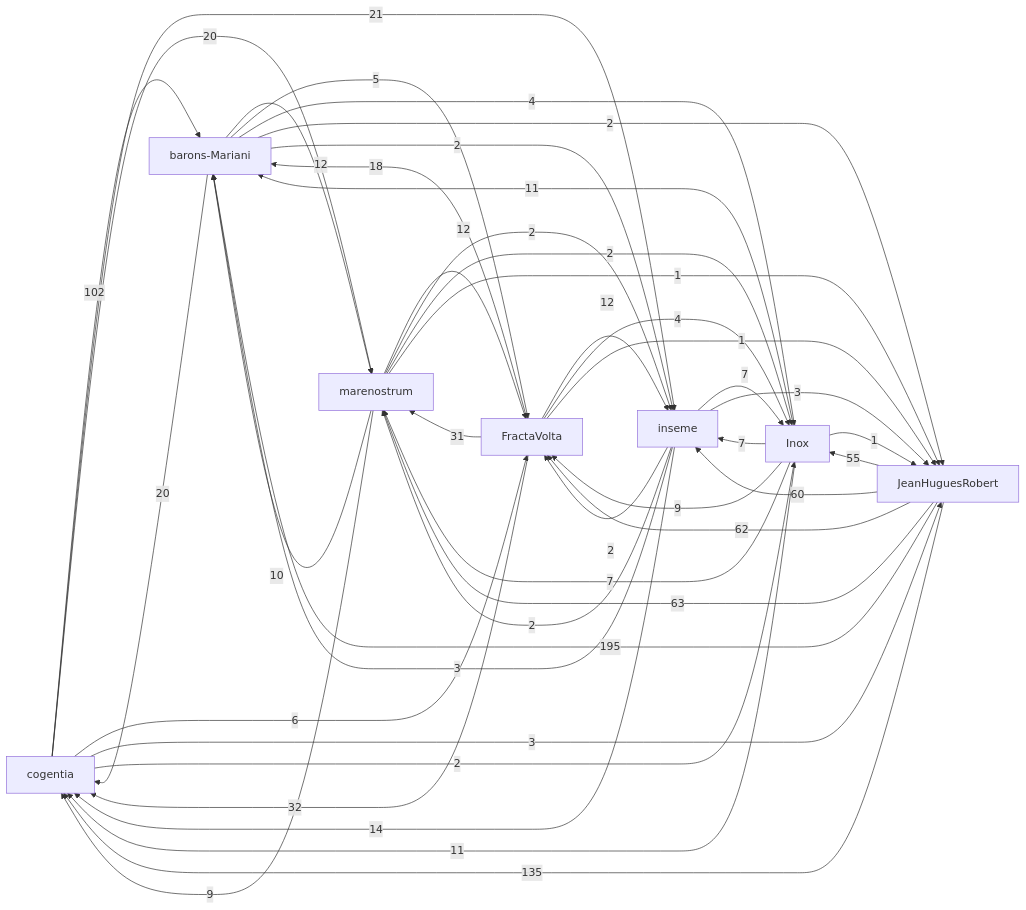
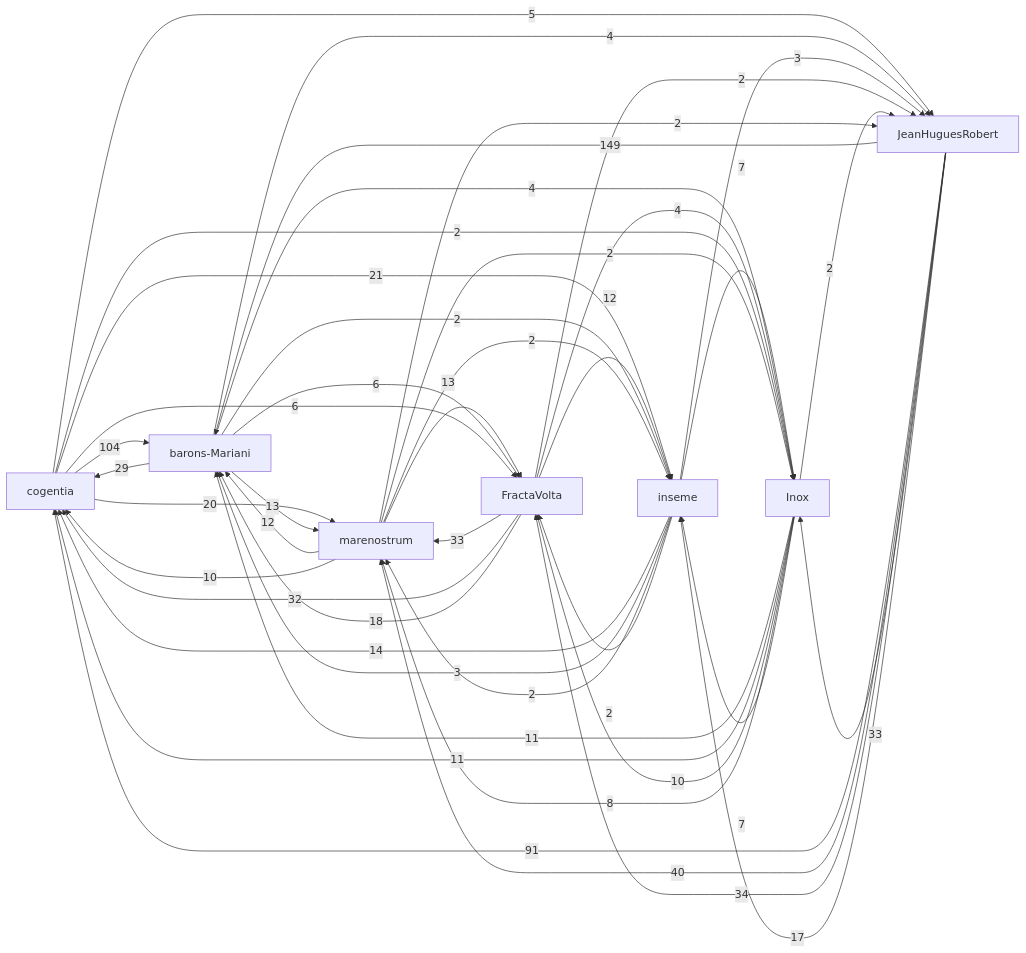
One commit to JeanHuguesRobert/FractaVolta changed the first of 2 diagrams in research/corpus-status.md. Above: the diagram before and after it, drawn with Mermaid. The commit also changed 1 other file, not shown here.

Commit message:
Add orientation fiche to PGN

````diff
--- a/research/corpus-status.md
+++ b/research/corpus-status.md
@@ -46,52 +46,52 @@
 ```mermaid
 graph LR
   r_cogentia["cogentia"]
   r_fractavolta["FractaVolta"]
   r_marenostrum["marenostrum"]
   r_barons_mariani["barons-Mariani"]
   r_inseme["inseme"]
   r_inox["Inox"]
   r_jeanhuguesrobert["JeanHuguesRobert"]
-  r_jeanhuguesrobert -->|195| r_barons_mariani
-  r_jeanhuguesrobert -->|135| r_cogentia
-  r_cogentia -->|102| r_barons_mariani
-  r_jeanhuguesrobert -->|63| r_marenostrum
-  r_jeanhuguesrobert -->|62| r_fractavolta
-  r_jeanhuguesrobert -->|60| r_inseme
-  r_jeanhuguesrobert -->|55| r_inox
+  r_jeanhuguesrobert -->|149| r_barons_mariani
+  r_cogentia -->|104| r_barons_mariani
+  r_jeanhuguesrobert -->|91| r_cogentia
+  r_jeanhuguesrobert -->|40| r_marenostrum
+  r_jeanhuguesrobert -->|34| r_fractavolta
+  r_fractavolta -->|33| r_marenostrum
+  r_jeanhuguesrobert -->|33| r_inox
   r_fractavolta -->|32| r_cogentia
-  r_fractavolta -->|31| r_marenostrum
+  r_barons_mariani -->|29| r_cogentia
   r_cogentia -->|21| r_inseme
-  r_barons_mariani -->|20| r_cogentia
   r_cogentia -->|20| r_marenostrum
   r_fractavolta -->|18| r_barons_mariani
+  r_jeanhuguesrobert -->|17| r_inseme
   r_inseme -->|14| r_cogentia
-  r_barons_mariani -->|12| r_marenostrum
+  r_barons_mariani -->|13| r_marenostrum
+  r_marenostrum -->|13| r_fractavolta
   r_fractavolta -->|12| r_inseme
-  r_marenostrum -->|12| r_fractavolta
+  r_marenostrum -->|12| r_barons_mariani
   r_inox -->|11| r_barons_mariani
   r_inox -->|11| r_cogentia
-  r_marenostrum -->|10| r_barons_mariani
-  r_inox -->|9| r_fractavolta
-  r_marenostrum -->|9| r_cogentia
-  r_inox -->|7| r_marenostrum
+  r_inox -->|10| r_fractavolta
+  r_marenostrum -->|10| r_cogentia
+  r_inox -->|8| r_marenostrum
   r_inox -->|7| r_inseme
   r_inseme -->|7| r_inox
+  r_barons_mariani -->|6| r_fractavolta
   r_cogentia -->|6| r_fractavolta
-  r_barons_mariani -->|5| r_fractavolta
+  r_cogentia -->|5| r_jeanhuguesrobert
   r_barons_mariani -->|4| r_inox
+  r_barons_mariani -->|4| r_jeanhuguesrobert
   r_fractavolta -->|4| r_inox
-  r_cogentia -->|3| r_jeanhuguesrobert
   r_inseme -->|3| r_barons_mariani
   r_inseme -->|3| r_jeanhuguesrobert
-  r_barons_mariani -->|2| r_jeanhuguesrobert
   r_barons_mariani -->|2| r_inseme
   r_cogentia -->|2| r_inox
+  r_fractavolta -->|2| r_jeanhuguesrobert
+  r_inox -->|2| r_jeanhuguesrobert
   r_inseme -->|2| r_marenostrum
   r_inseme -->|2| r_fractavolta
+  r_marenostrum -->|2| r_jeanhuguesrobert
   r_marenostrum -->|2| r_inseme
   r_marenostrum -->|2| r_inox
-  r_fractavolta -->|1| r_jeanhuguesrobert
-  r_inox -->|1| r_jeanhuguesrobert
-  r_marenostrum -->|1| r_jeanhuguesrobert
 ```
````
